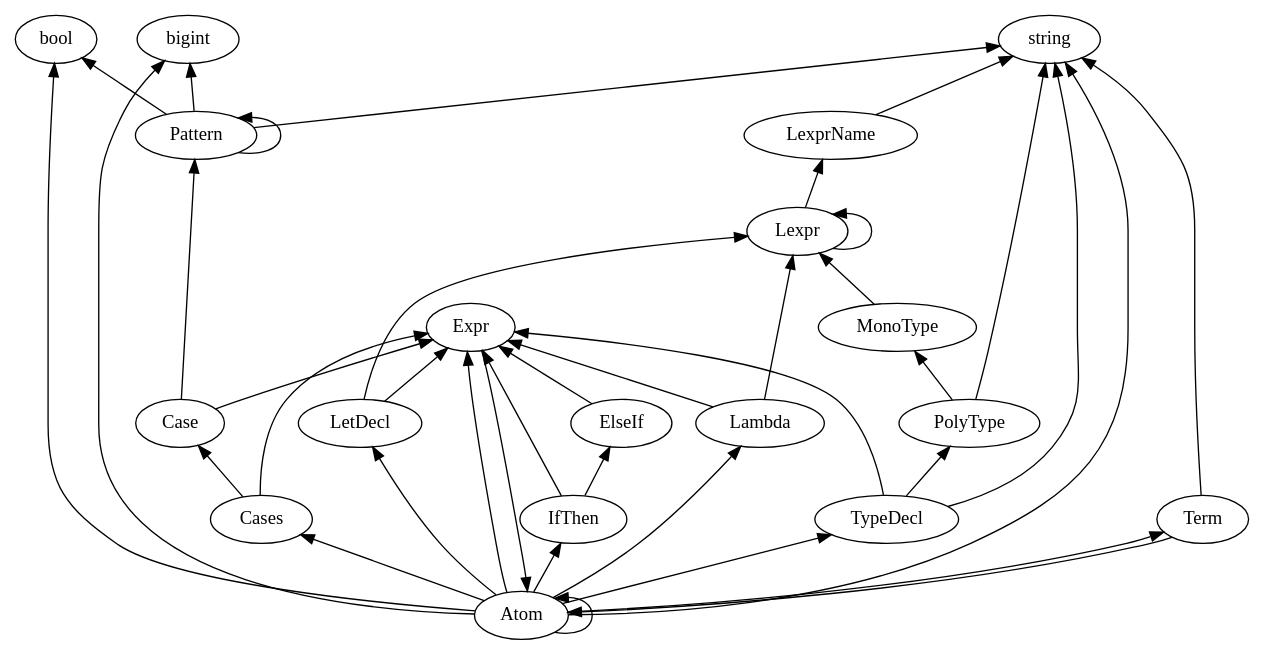
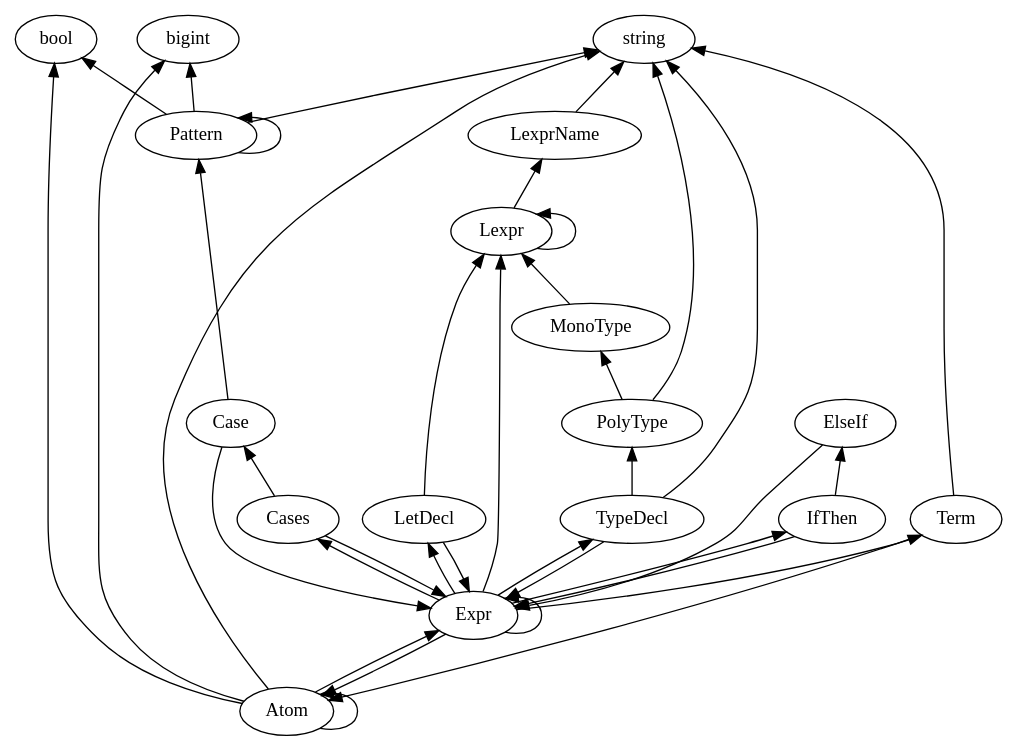
The diagram in generated/productions.dot (plutoscarab/Arafel), drawn with Graphviz before and after one commit. The commit also changed 9 other files, not shown here.

Commit message:
more Atom/Expr refactoring

```diff
--- a/generated/productions.dot
+++ b/generated/productions.dot
@@ -1,42 +1,41 @@
 digraph G {
     rankdir="BT"
     { rank=same; bool; bigint; string; }
     Atom -> Atom
     Atom -> Expr
     Atom -> bigint
     Atom -> string
     Atom -> bool
-    Atom -> Lambda
-    Atom -> Cases
-    Atom -> IfThen
-    Atom -> LetDecl
-    Atom -> TypeDecl
-    Atom -> Term
     Case -> Pattern
     Case -> Expr
     Cases -> Expr
     Cases -> Case
     ElseIf -> Expr
     Expr -> Atom
+    Expr -> Term
+    Expr -> TypeDecl
+    Expr -> LetDecl
+    Expr -> Cases
+    Expr -> IfThen
+    Expr -> Lexpr
+    Expr -> Expr
     IfThen -> Expr
     IfThen -> ElseIf
-    Lambda -> Lexpr
-    Lambda -> Expr
     LetDecl -> Lexpr
     LetDecl -> Expr
     Lexpr -> LexprName
     Lexpr -> Lexpr
     LexprName -> string
     MonoType -> Lexpr
     Pattern -> string
     Pattern -> Pattern
     Pattern -> bigint
     Pattern -> bool
     PolyType -> string
     PolyType -> MonoType
     Term -> string
     Term -> Atom
     TypeDecl -> string
     TypeDecl -> PolyType
     TypeDecl -> Expr
 }
```
